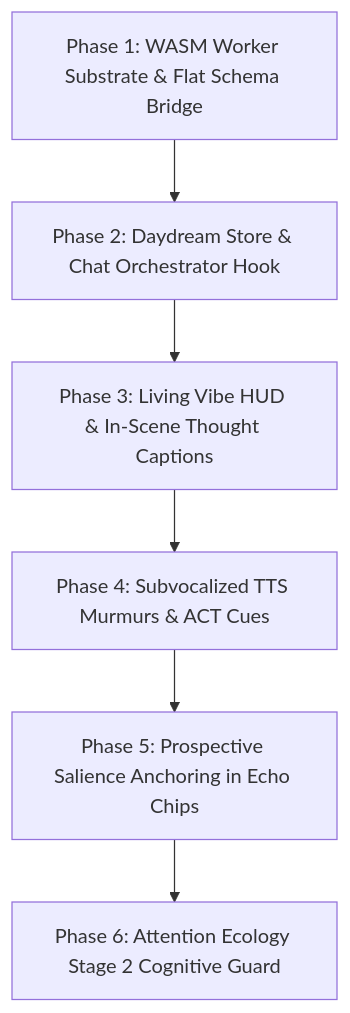
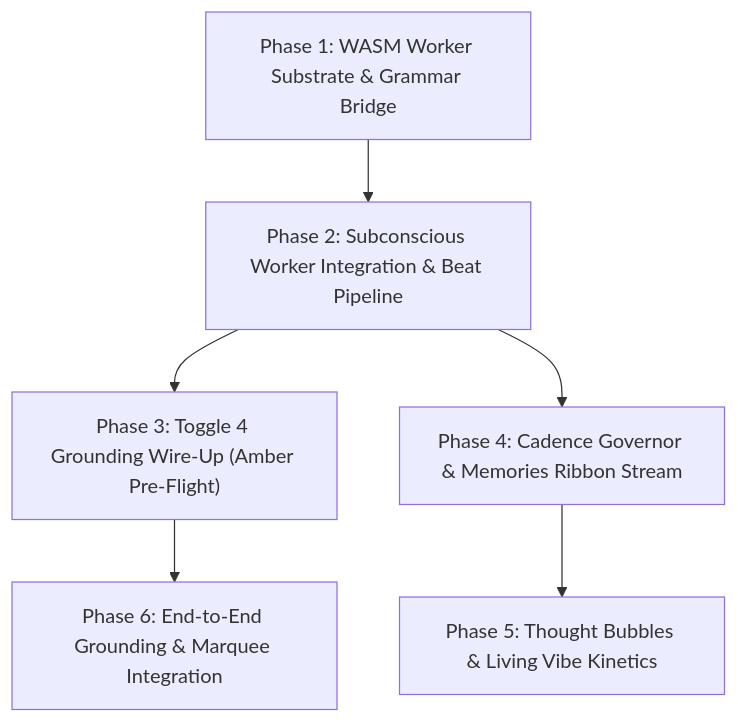
One commit to dasilva333/airi changed the diagram in docs/design-needle-subconscious-runtime.md. Above: the diagram before and after it, drawn with Mermaid. The commit also changed other lines of this file and 13 other files, not shown here.

````diff
--- a/docs/design-needle-subconscious-runtime.md
+++ b/docs/design-needle-subconscious-runtime.md
@@ -219,8 +275,8 @@
 ```mermaid
 graph TD
-    P1["Phase 1: WASM Worker Substrate & Flat Schema Bridge"] --> P2["Phase 2: Daydream Store & Chat Orchestrator Hook"]
-    P2 --> P3["Phase 3: Living Vibe HUD & In-Scene Thought Captions"]
-    P3 --> P4["Phase 4: Subvocalized TTS Murmurs & ACT Cues"]
-    P4 --> P5["Phase 5: Prospective Salience Anchoring in Echo Chips"]
-    P5 --> P6["Phase 6: Attention Ecology Stage 2 Cognitive Guard"]
+    P1["Phase 1: WASM Worker Substrate & Grammar Bridge"] --> P2["Phase 2: Subconscious Worker Integration & Beat Pipeline"]
+    P2 --> P3["Phase 3: Toggle 4 Grounding Wire-Up (Amber Pre-Flight)"]
+    P2 --> P4["Phase 4: Cadence Governor & Memories Ribbon Stream"]
+    P4 --> P5["Phase 5: Thought Bubbles & Living Vibe Kinetics"]
+    P3 --> P6["Phase 6: End-to-End Grounding & Marquee Integration"]
 ```
````
